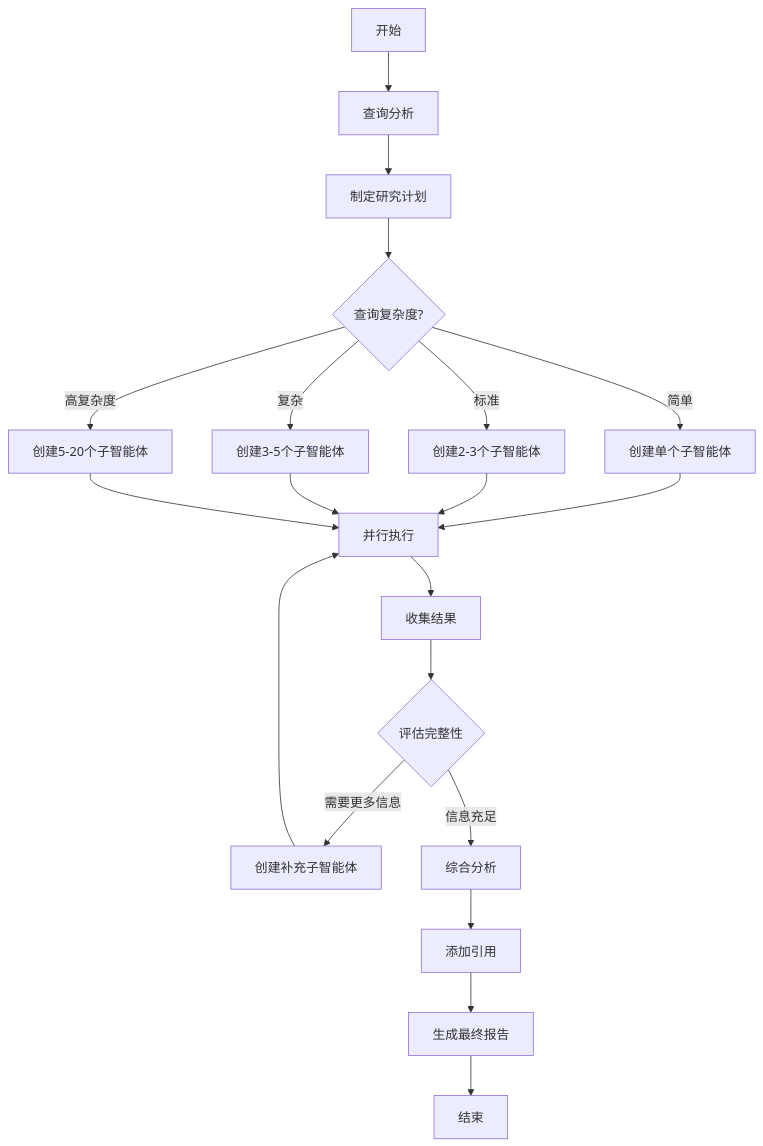
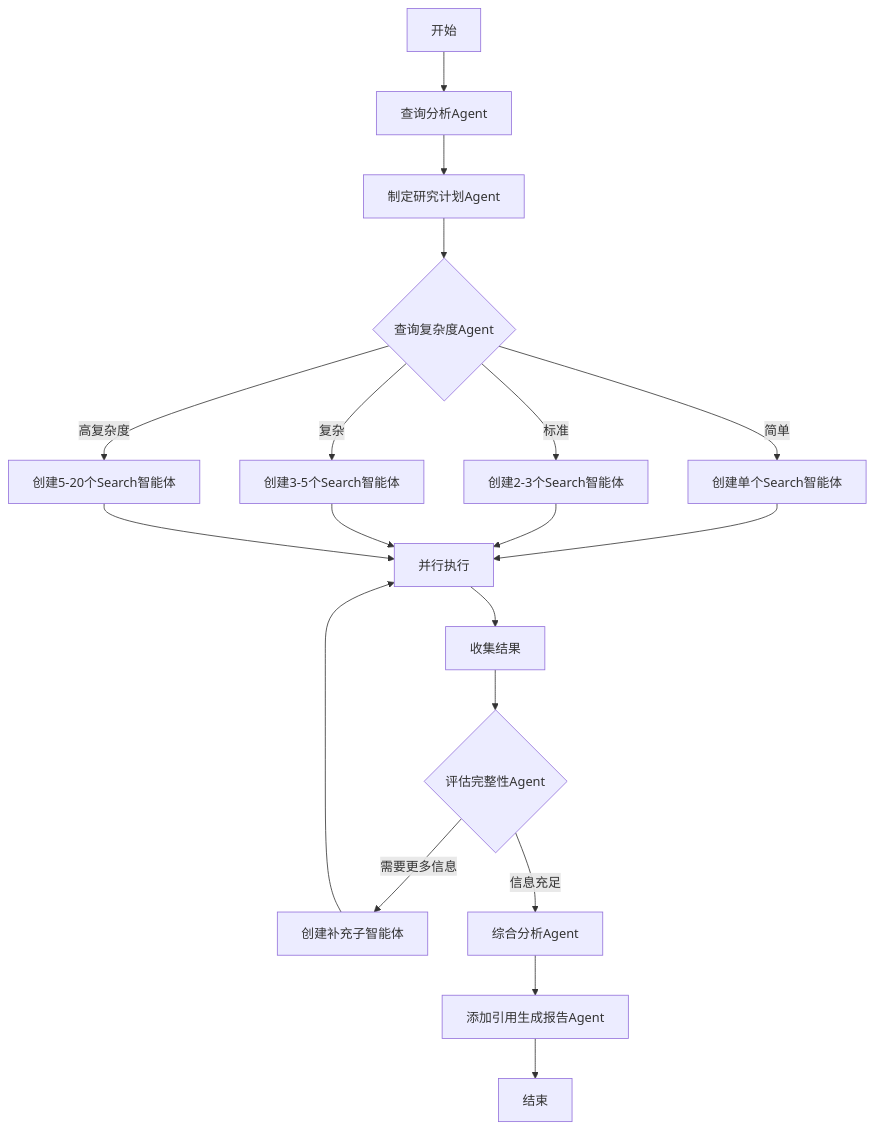
Before and after one commit to Tianluo-Chunlei/multi-agent-researcher: the diagram in docs/technical-implementation-plan.md, drawn with Mermaid. The commit also changed 3 other files, not shown here.

Commit message:
补充workflow和主从agent两种实现方式的架构图

````diff
--- a/docs/technical-implementation-plan.md
+++ b/docs/technical-implementation-plan.md
@@ -68,27 +68,26 @@
 ```mermaid
 graph TD
-    Start[开始] --> Analyze[查询分析]
-    Analyze --> Plan[制定研究计划]
-    Plan --> CheckComplexity{查询复杂度?}
+    Start[开始] --> Analyze[查询分析Agent]
+    Analyze --> Plan[制定研究计划Agent]
+    Plan --> CheckComplexity{查询复杂度Agent}
     
-    CheckComplexity -->|简单| SingleAgent[创建单个子智能体]
-    CheckComplexity -->|标准| MultiAgent[创建2-3个子智能体]
-    CheckComplexity -->|复杂| ManyAgent[创建3-5个子智能体]
-    CheckComplexity -->|高复杂度| MaxAgent[创建5-20个子智能体]
+    CheckComplexity -->|简单| SingleAgent[创建单个Search智能体]
+    CheckComplexity -->|标准| MultiAgent[创建2-3个Search智能体]
+    CheckComplexity -->|复杂| ManyAgent[创建3-5个Search智能体]
+    CheckComplexity -->|高复杂度| MaxAgent[创建5-20个Search智能体]
     
     SingleAgent --> Execute[并行执行]
     MultiAgent --> Execute
     ManyAgent --> Execute
     MaxAgent --> Execute
     
     Execute --> Collect[收集结果]
-    Collect --> Evaluate{评估完整性}
+    Collect --> Evaluate{评估完整性Agent}
     
     Evaluate -->|需要更多信息| MoreResearch[创建补充子智能体]
     MoreResearch --> Execute
     
-    Evaluate -->|信息充足| Synthesize[综合分析]
-    Synthesize --> Citations[添加引用]
-    Citations --> FinalReport[生成最终报告]
-    FinalReport --> End[结束]
+    Evaluate -->|信息充足| Synthesize[综合分析Agent]
+    Synthesize --> Citations[添加引用生成报告Agent]
+    Citations --> End[结束]
 ```
````
